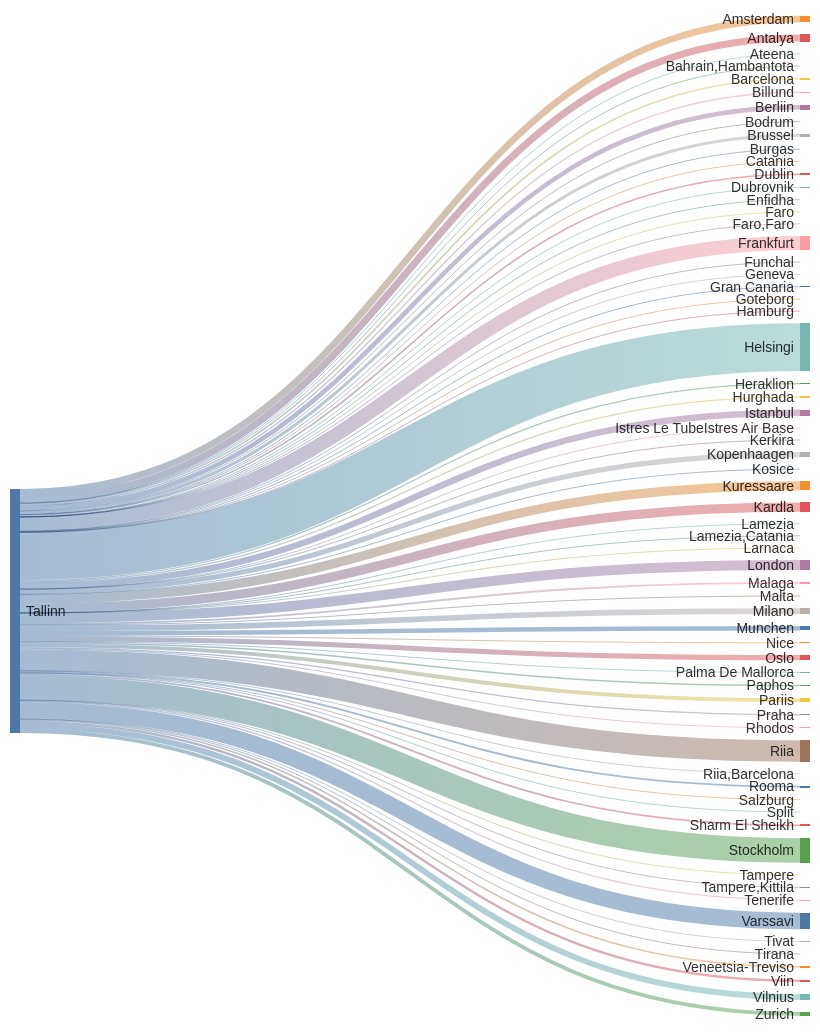
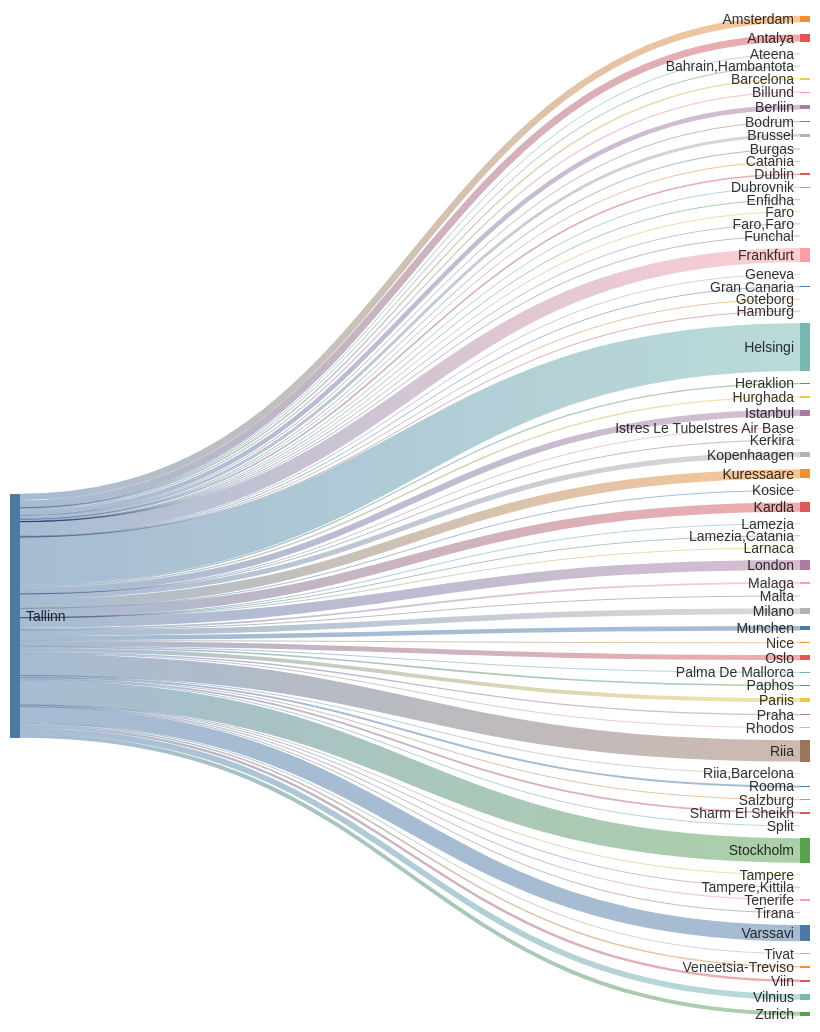
Before and after one commit to rainermesi/tll-airport-departures: the second of 2 diagrams in README.md, drawn with Mermaid. The commit also changed other lines of this file, not shown here.

````diff
--- a/README.md
+++ b/README.md
@@ -34,77 +34,77 @@
 ```mermaid
 ---
 config:
   sankey:
     showValues: false
     width: 800
     height: 1000
 ---
 sankey-beta
 %% source,target,value
-Tallinn,Amsterdam,251
+Tallinn,Amsterdam,252
 Tallinn,Antalya,269
 Tallinn,Ateena,16
 Tallinn,"Bahrain,Hambantota",1
 Tallinn,Barcelona,59
-Tallinn,Berliin,174
+Tallinn,Berliin,175
 Tallinn,Billund,49
 Tallinn,Bodrum,11
 Tallinn,Brussel,114
 Tallinn,Burgas,21
 Tallinn,Catania,2
-Tallinn,Dublin,58
+Tallinn,Dublin,59
 Tallinn,Dubrovnik,21
 Tallinn,Enfidha,7
 Tallinn,Faro,4
 Tallinn,"Faro,Faro",1
-Tallinn,Frankfurt,531
+Tallinn,Frankfurt,533
 Tallinn,Funchal,5
-Tallinn,Geneva,8
+Tallinn,Geneva,9
 Tallinn,Gran Canaria,29
 Tallinn,Goteborg,1
 Tallinn,Hamburg,1
-Tallinn,Helsingi,1800
+Tallinn,Helsingi,1806
 Tallinn,Heraklion,46
-Tallinn,Hurghada,50
+Tallinn,Hurghada,54
 Tallinn,Istanbul,238
 Tallinn,Istres Le TubeIstres Air Base,2
 Tallinn,Kerkira,4
 Tallinn,Kopenhaagen,192
 Tallinn,Kosice,1
-Tallinn,Kuressaare,349
-Tallinn,Kardla,349
+Tallinn,Kuressaare,350
+Tallinn,Kardla,350
 Tallinn,Lamezia,1
 Tallinn,"Lamezia,Catania",3
 Tallinn,Larnaca,4
-Tallinn,London,375
+Tallinn,London,377
 Tallinn,Malaga,71
 Tallinn,Malta,15
-Tallinn,Milano,214
-Tallinn,Munchen,170
+Tallinn,Milano,215
+Tallinn,Munchen,171
 Tallinn,Nice,25
 Tallinn,Oslo,193
 Tallinn,Palma De Mallorca,19
 Tallinn,Paphos,57
 Tallinn,Pariis,145
 Tallinn,Praha,49
 Tallinn,Rhodos,32
-Tallinn,Riia,805
+Tallinn,Riia,809
 Tallinn,"Riia,Barcelona",1
 Tallinn,Rooma,71
-Tallinn,Salzburg,9
+Tallinn,Salzburg,10
 Tallinn,Sharm El Sheikh,66
 Tallinn,Split,25
-Tallinn,Stockholm,923
+Tallinn,Stockholm,926
 Tallinn,Tampere,17
-Tallinn,"Tampere,Kittila",12
+Tallinn,"Tampere,Kittila",13
 Tallinn,Tenerife,45
 Tallinn,Tirana,8
 Tallinn,Tivat,26
-Tallinn,Varssavi,619
+Tallinn,Varssavi,622
 Tallinn,Veneetsia-Treviso,58
-Tallinn,Viin,92
+Tallinn,Viin,93
 Tallinn,Vilnius,220
-Tallinn,Zurich,145
+Tallinn,Zurich,147
 
 
 ```
````
